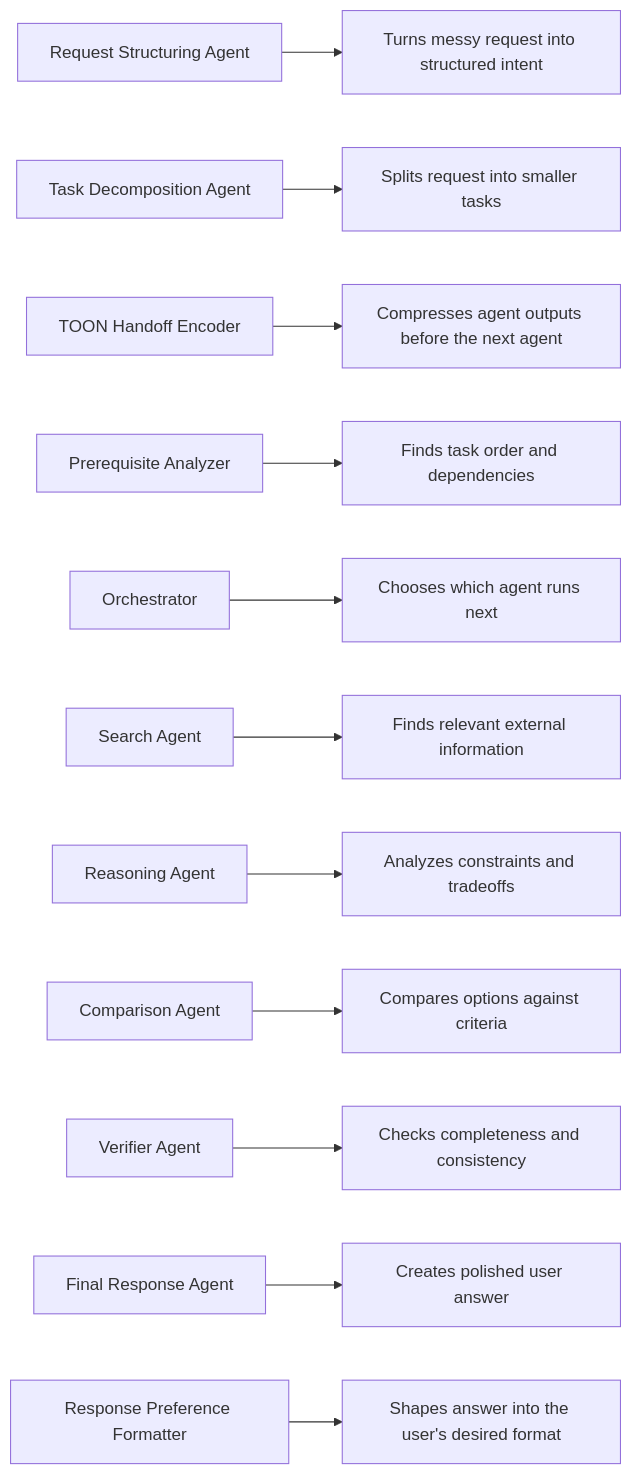
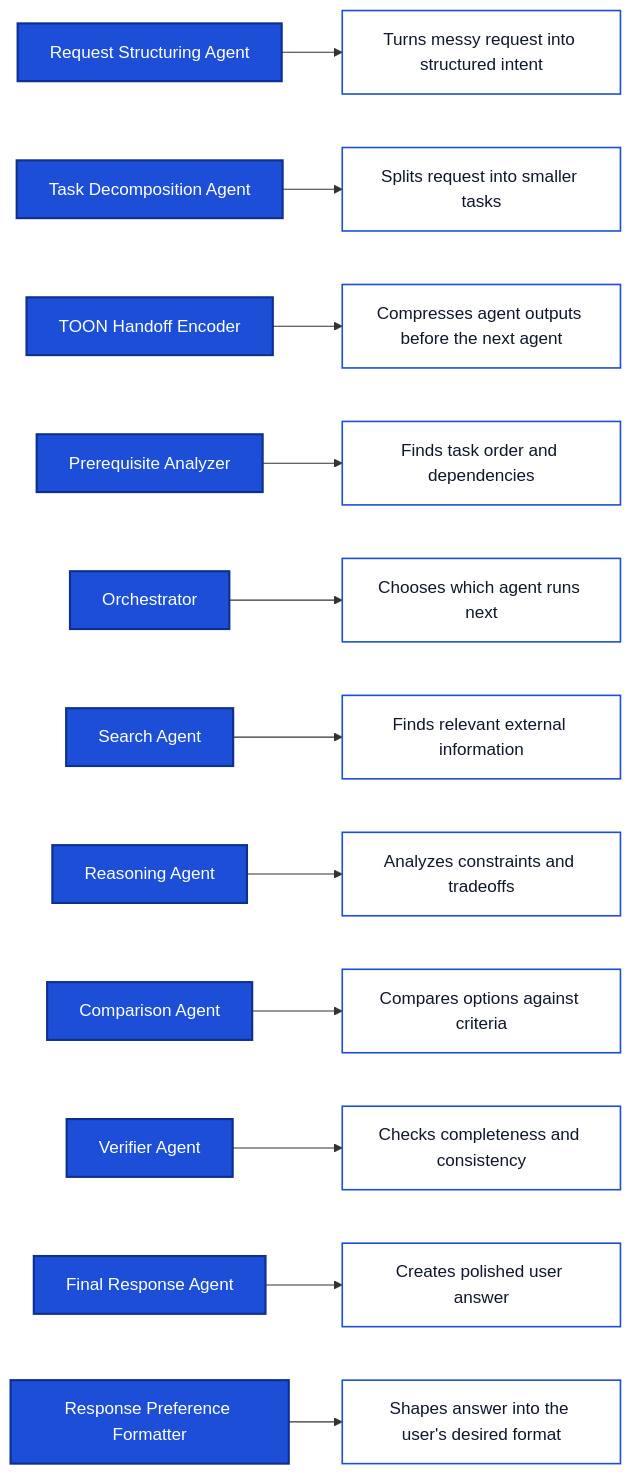
Before and after one commit to Hassaan146/agentic-ai-workflow: the third of 9 diagrams in docs/diagrams.md, drawn with Mermaid. The commit also changed other lines of this file, not shown here.

Commit message:
Polish workflow diagram styling

````diff
--- a/docs/diagrams.md
+++ b/docs/diagrams.md
@@ -55,14 +87,19 @@
 ```mermaid
 flowchart LR
     A["Request Structuring Agent"] --> A1["Turns messy request into structured intent"]
     B["Task Decomposition Agent"] --> B1["Splits request into smaller tasks"]
     J["TOON Handoff Encoder"] --> J1["Compresses agent outputs before the next agent"]
     C["Prerequisite Analyzer"] --> C1["Finds task order and dependencies"]
     D["Orchestrator"] --> D1["Chooses which agent runs next"]
     E["Search Agent"] --> E1["Finds relevant external information"]
     F["Reasoning Agent"] --> F1["Analyzes constraints and tradeoffs"]
     G["Comparison Agent"] --> G1["Compares options against criteria"]
     H["Verifier Agent"] --> H1["Checks completeness and consistency"]
     I["Final Response Agent"] --> I1["Creates polished user answer"]
     K["Response Preference Formatter"] --> K1["Shapes answer into the user's desired format"]
+
+    classDef agent fill:#1d4ed8,stroke:#0f2f8f,color:#ffffff,stroke-width:2px;
+    classDef responsibility fill:#ffffff,stroke:#1d4ed8,color:#0f172a,stroke-width:1.5px;
+    class A,B,C,D,E,F,G,H,I,J,K agent;
+    class A1,B1,C1,D1,E1,F1,G1,H1,I1,J1,K1 responsibility;
 ```
````
